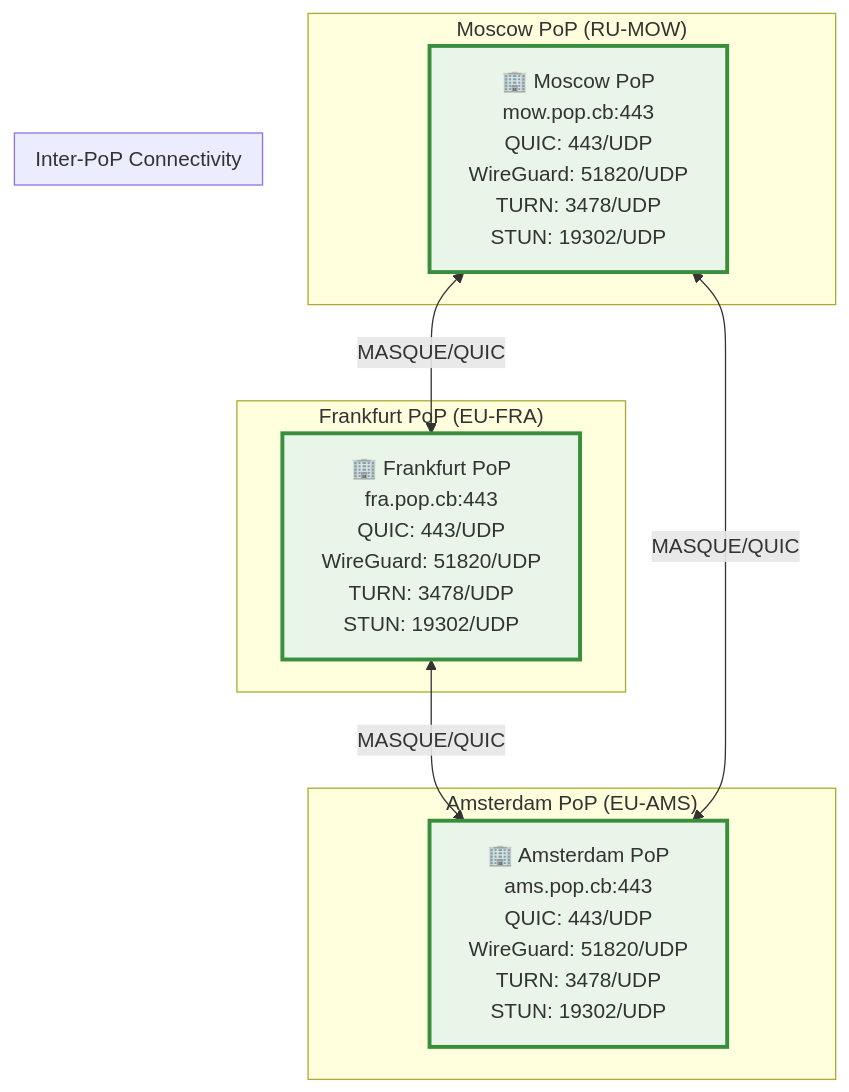
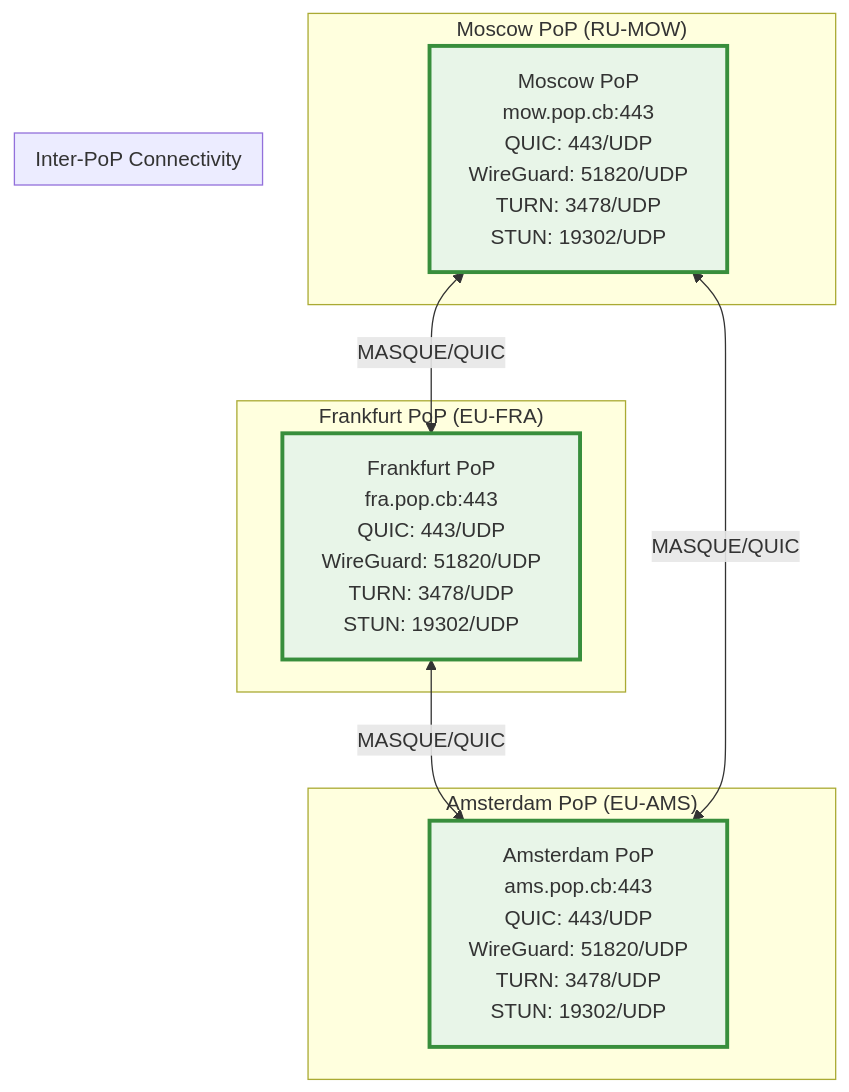
Before and after one commit to twogc/cloudbridge-edge-pops: the diagram in docs/pop-config.md, drawn with Mermaid. The commit also changed other lines of this file and 8 other files, not shown here.

````diff
--- a/docs/pop-config.md
+++ b/docs/pop-config.md
@@ -9,26 +9,26 @@
 ```mermaid
 graph TB
     subgraph "Moscow PoP (RU-MOW)"
-        M[🏢 Moscow PoP<br/>mow.pop.cb:443<br/>QUIC: 443/UDP<br/>WireGuard: 51820/UDP<br/>TURN: 3478/UDP<br/>STUN: 19302/UDP]
+        M[ Moscow PoP<br/>mow.pop.cb:443<br/>QUIC: 443/UDP<br/>WireGuard: 51820/UDP<br/>TURN: 3478/UDP<br/>STUN: 19302/UDP]
     end
-    
+
     subgraph "Frankfurt PoP (EU-FRA)"
-        F[🏢 Frankfurt PoP<br/>fra.pop.cb:443<br/>QUIC: 443/UDP<br/>WireGuard: 51820/UDP<br/>TURN: 3478/UDP<br/>STUN: 19302/UDP]
+        F[ Frankfurt PoP<br/>fra.pop.cb:443<br/>QUIC: 443/UDP<br/>WireGuard: 51820/UDP<br/>TURN: 3478/UDP<br/>STUN: 19302/UDP]
     end
-    
+
     subgraph "Amsterdam PoP (EU-AMS)"
-        A[🏢 Amsterdam PoP<br/>ams.pop.cb:443<br/>QUIC: 443/UDP<br/>WireGuard: 51820/UDP<br/>TURN: 3478/UDP<br/>STUN: 19302/UDP]
+        A[ Amsterdam PoP<br/>ams.pop.cb:443<br/>QUIC: 443/UDP<br/>WireGuard: 51820/UDP<br/>TURN: 3478/UDP<br/>STUN: 19302/UDP]
     end
-    
+
     subgraph "Inter-PoP Connectivity"
         M <-->|MASQUE/QUIC| F
         F <-->|MASQUE/QUIC| A
         A <-->|MASQUE/QUIC| M
     end
-    
+
     classDef pop fill:#f3e5f5,stroke:#7b1fa2,stroke-width:3px
     classDef mesh fill:#e8f5e8,stroke:#388e3c,stroke-width:3px
-    
+
     class M,F,A pop
     class M,F,A mesh
 ```
````
